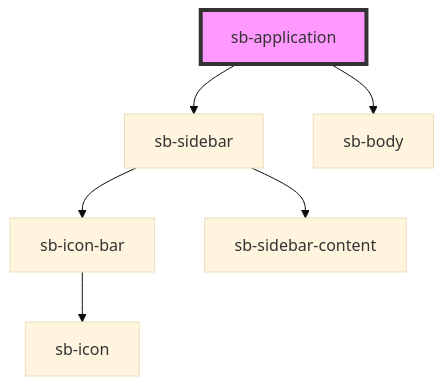
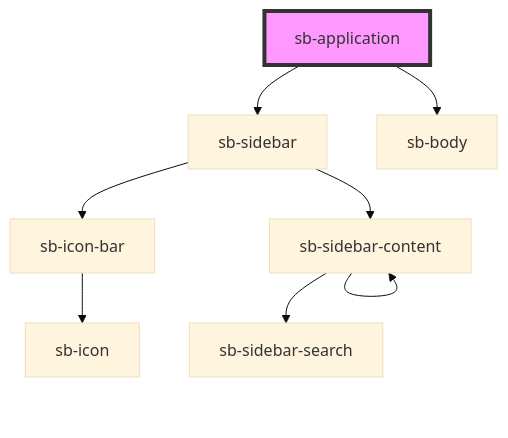
One commit to LawrenceBorst/songwriting-book changed the diagram in songwriting-book/src/components/application/readme.md. Above: the diagram before and after it, drawn with Mermaid (base theme). The commit also changed 6 other files, not shown here.

First line of the commit message:
feat(sidebar): clean up content modes

````diff
--- a/songwriting-book/src/components/application/readme.md
+++ b/songwriting-book/src/components/application/readme.md
@@ -20,9 +20,11 @@
 ```mermaid
 graph TD;
   sb-application --> sb-sidebar
   sb-application --> sb-body
   sb-sidebar --> sb-icon-bar
   sb-sidebar --> sb-sidebar-content
   sb-icon-bar --> sb-icon
+  sb-sidebar-content --> sb-sidebar-content
+  sb-sidebar-content --> sb-sidebar-search
   style sb-application fill:#f9f,stroke:#333,stroke-width:4px
 ```
````
